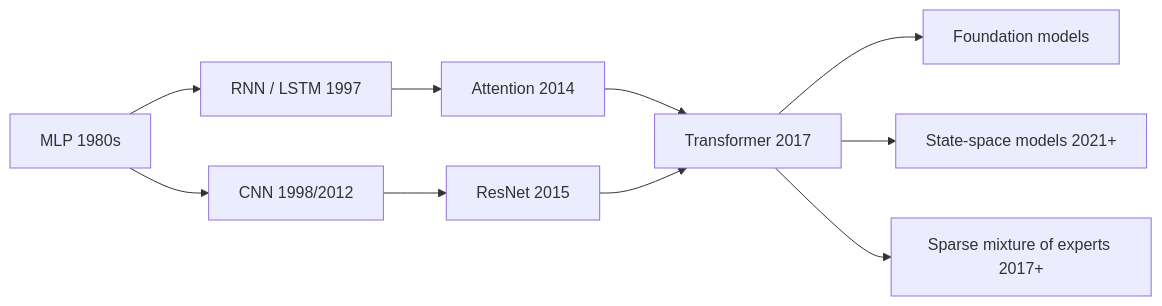
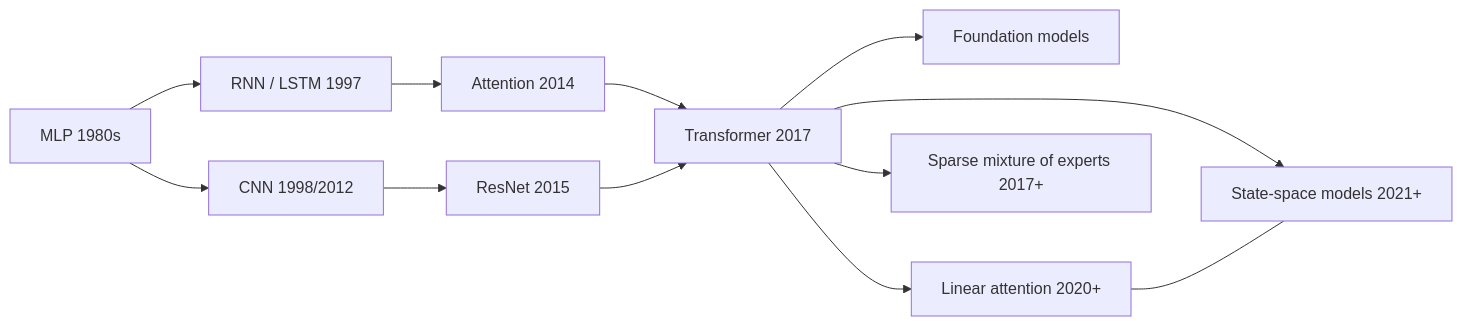
Before and after one commit to marcpoliquin5/understanding-ai: the diagram in docs/02-deep-learning/README.md, drawn with Mermaid. The commit also changed other lines of this file and 8 other files, not shown here.

Commit message:
Deep learning: add linear attention and its kernels page

````diff
--- a/docs/02-deep-learning/README.md
+++ b/docs/02-deep-learning/README.md
@@ -16,12 +17,14 @@
 ```mermaid
 flowchart LR
     MLP[MLP 1980s] --> CNN[CNN 1998/2012]
     MLP --> RNN[RNN / LSTM 1997]
     CNN --> ResNet[ResNet 2015]
     RNN --> Attn[Attention 2014]
     Attn --> TF[Transformer 2017]
     ResNet --> TF
     TF --> FM[Foundation models]
     TF --> SSM[State-space models 2021+]
+    TF --> LA[Linear attention 2020+]
+    LA --- SSM
     TF --> MoE[Sparse mixture of experts 2017+]
 ```
````
